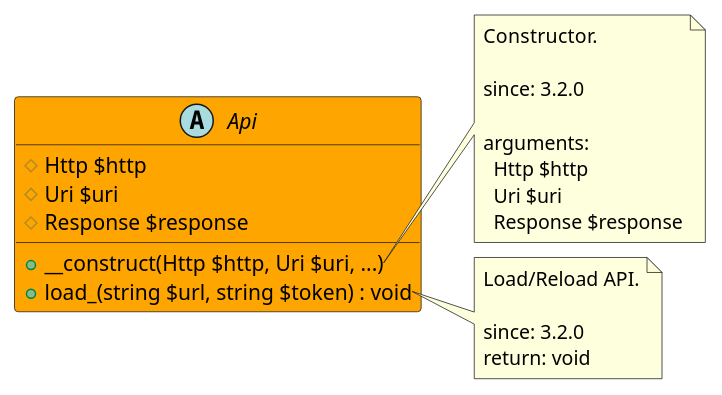
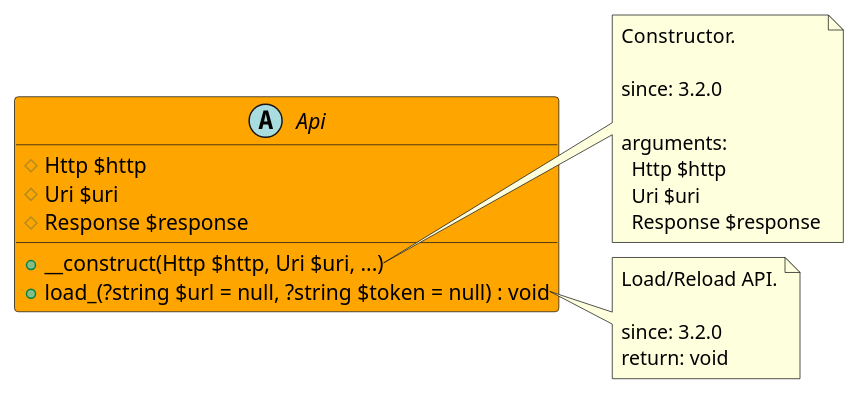
The diagram in src/3d7af7a2-dabe-4111-b5fd-c5bfa8755469/README.md (joomengine/gitea), drawn with PlantUML before and after one commit. The commit also changed 119 other files, not shown here.

````diff
--- a/src/3d7af7a2-dabe-4111-b5fd-c5bfa8755469/README.md
+++ b/src/3d7af7a2-dabe-4111-b5fd-c5bfa8755469/README.md
@@ -11,30 +11,30 @@
 ```uml
 @startuml
 abstract Api  #Orange {
   # Http $http
   # Uri $uri
   # Response $response
   + __construct(Http $http, Uri $uri, ...)
-  + load_(string $url, string $token) : void
+  + load_(?string $url = null, ?string $token = null) : void
 }
 
 note right of Api::__construct
   Constructor.
 
   since: 3.2.0
   
   arguments:
     Http $http
     Uri $uri
     Response $response
 end note
 
 note right of Api::load_
   Load/Reload API.
 
   since: 3.2.0
   return: void
 end note
  
 @enduml
 ```
````
